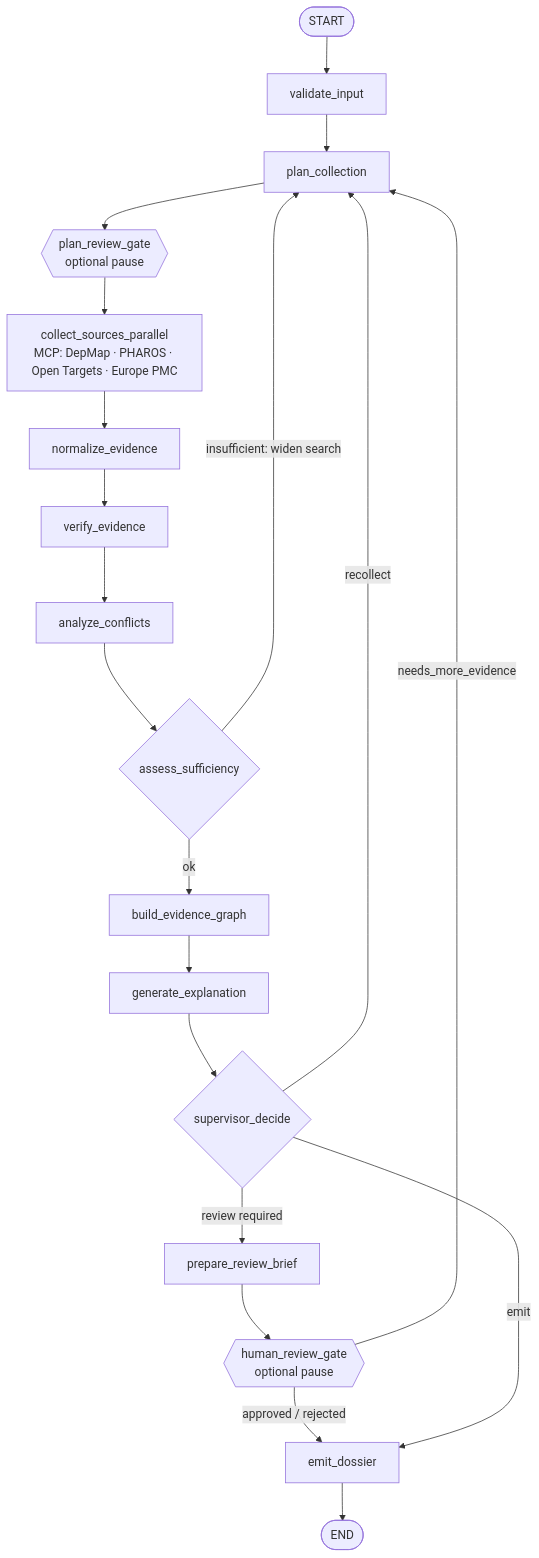
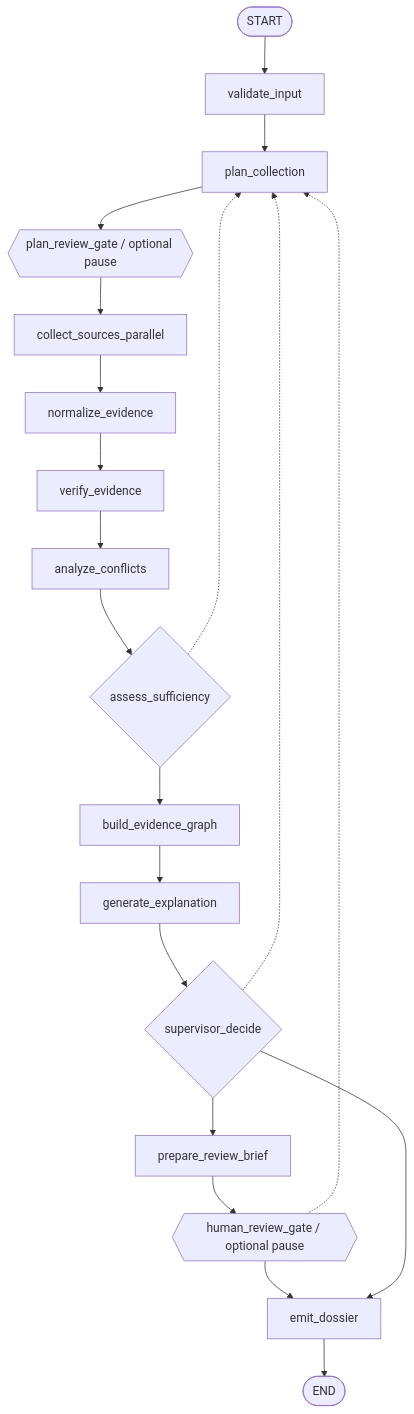
Before and after one commit to himanshu1573/Drug-disovery-multiple-agent: the second of 2 diagrams in README.md, drawn with Mermaid. The commit also changed other lines of this file, not shown here.

Commit message:
docs: fix pipeline diagram failing to render on GitHub
GitHub showed "Unable to render rich display / Could not find a suitable
point for the given distance" for the pipeline flowchart. That error is
thrown by Mermaid while positioning edge labels, and the diagram had
three labeled back-edges converging on plan_collection.

Removed all edge labels: the loops are now dotted arrows explained in a
table underneath, and the node text no longer uses <br/> or middots.
Also added the supervisor_decide -> emit_dossier edge, which the
labelled version was missing.

Verified by rendering both README diagrams with mermaid-cli 10.9.8 and
11.17.2 (local 12.0 rendered the old one fine, which is why this was
missed).

````diff
--- a/README.md
+++ b/README.md
@@ -109,22 +109,22 @@
 ```mermaid
 flowchart TD
     S([START]) --> V[validate_input]
     V --> P[plan_collection]
-    P --> PG{{plan_review_gate<br/>optional pause}}
-    PG --> C[collect_sources_parallel<br/>MCP: DepMap · PHAROS · Open Targets · Europe PMC]
+    P --> PG{{plan_review_gate / optional pause}}
+    PG --> C[collect_sources_parallel]
     C --> N[normalize_evidence]
     N --> VE[verify_evidence]
     VE --> AC[analyze_conflicts]
     AC --> AS{assess_sufficiency}
-    AS -- insufficient: widen search --> P
-    AS -- ok --> G[build_evidence_graph]
+    AS --> G[build_evidence_graph]
     G --> E[generate_explanation]
     E --> SD{supervisor_decide}
-    SD -- recollect --> P
-    SD -- review required --> RB[prepare_review_brief]
-    RB --> HG{{human_review_gate<br/>optional pause}}
-    HG -- needs_more_evidence --> P
-    HG -- approved / rejected --> D[emit_dossier]
-    SD -- emit --> D
+    SD --> RB[prepare_review_brief]
+    RB --> HG{{human_review_gate / optional pause}}
+    HG --> D[emit_dossier]
+    SD --> D
     D --> X([END])
+    AS -.-> P
+    SD -.-> P
+    HG -.-> P
 ```
````
